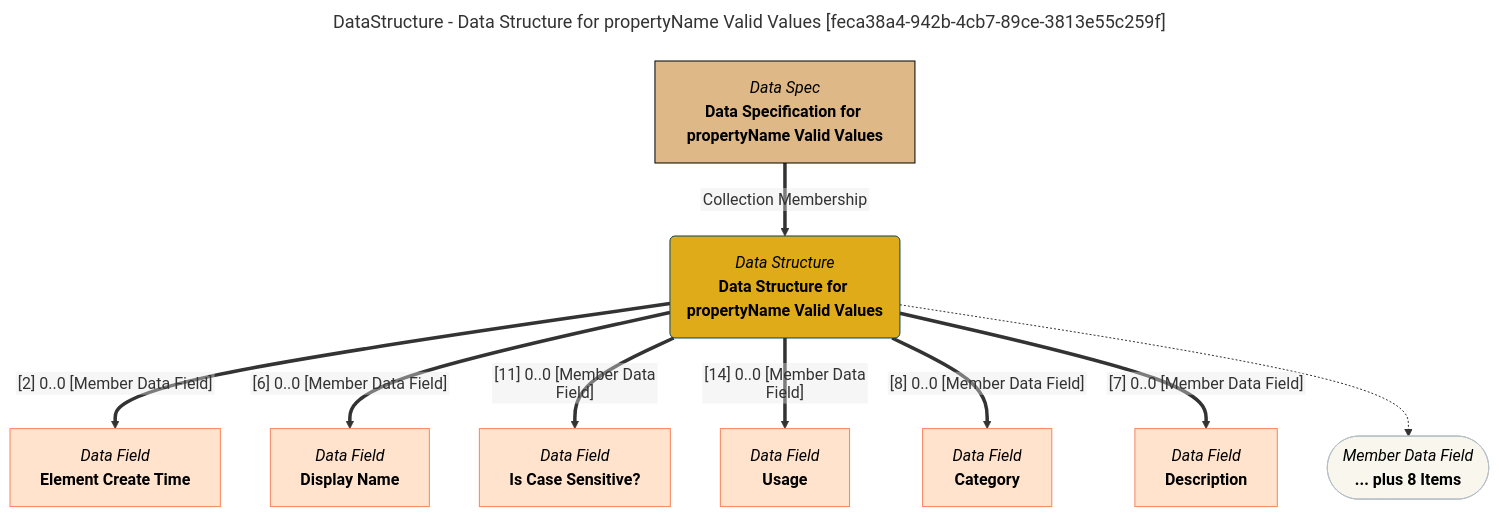
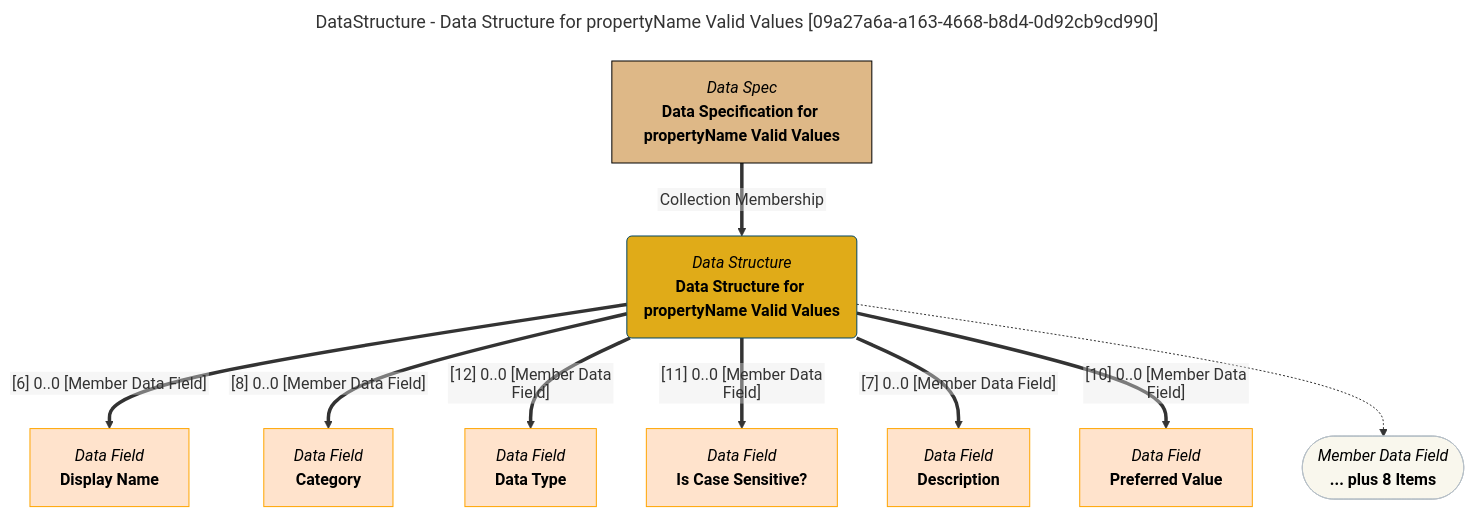
The diagram in site/snippets/data-structures/data-structure-for-propertyname-valid-values-mermaid-graph.md (odpi/egeria-docs), drawn with Mermaid before and after one commit. The commit also changed 2201 other files, not shown here.

````diff
--- a/site/snippets/data-structures/data-structure-for-propertyname-valid-values-mermaid-graph.md
+++ b/site/snippets/data-structures/data-structure-for-propertyname-valid-values-mermaid-graph.md
@@ -1,43 +1,43 @@
 ```mermaid
 ---
-title: DataStructure - Data Structure for propertyName Valid Values [feca38a4-942b-4cb7-89ce-3813e55c259f]
+title: DataStructure - Data Structure for propertyName Valid Values [09a27a6a-a163-4668-b8d4-0d92cb9cd990]
 ---
 flowchart TD
 %%{init: {"flowchart": {"htmlLabels": false}} }%%
 
 1@{ shape: rounded, label: "*Data Structure*
 **Data Structure for propertyName Valid Values**"}
 2@{ shape: rect, label: "*Data Spec*
 **Data Specification for propertyName Valid Values**"}
 2==>|"Collection Membership"|1
 3@{ shape: rect, label: "*Data Field*
-**Element Create Time**"}
-1==>|"[2] 0..0 [Member Data Field]"|3
+**Display Name**"}
+1==>|"[6] 0..0 [Member Data Field]"|3
 4@{ shape: rect, label: "*Data Field*
-**Display Name**"}
-1==>|"[6] 0..0 [Member Data Field]"|4
+**Category**"}
+1==>|"[8] 0..0 [Member Data Field]"|4
 5@{ shape: rect, label: "*Data Field*
+**Data Type**"}
+1==>|"[12] 0..0 [Member Data Field]"|5
+6@{ shape: rect, label: "*Data Field*
 **Is Case Sensitive?**"}
-1==>|"[11] 0..0 [Member Data Field]"|5
-6@{ shape: rect, label: "*Data Field*
-**Usage**"}
-1==>|"[14] 0..0 [Member Data Field]"|6
+1==>|"[11] 0..0 [Member Data Field]"|6
 7@{ shape: rect, label: "*Data Field*
-**Category**"}
-1==>|"[8] 0..0 [Member Data Field]"|7
+**Description**"}
+1==>|"[7] 0..0 [Member Data Field]"|7
 8@{ shape: rect, label: "*Data Field*
-**Description**"}
-1==>|"[7] 0..0 [Member Data Field]"|8
+**Preferred Value**"}
+1==>|"[10] 0..0 [Member Data Field]"|8
 9@{ shape: stadium, label: "*Member Data Field*
 **... plus 8 Items**"}
 1-.->9
 style 1 color:#000000, fill:#e0ab18, stroke:#004563
-style 2 color:#000000, fill:#deb887, stroke:#000000
-style 3 color:#000000, fill:#ffe3cc, stroke:#f9845b
-style 4 color:#000000, fill:#ffe3cc, stroke:#f9845b
-style 5 color:#000000, fill:#ffe3cc, stroke:#f9845b
-style 6 color:#000000, fill:#ffe3cc, stroke:#f9845b
-style 7 color:#000000, fill:#ffe3cc, stroke:#f9845b
-style 8 color:#000000, fill:#ffe3cc, stroke:#f9845b
+style 2 color:#000000, fill:#DEB887, stroke:#000000
+style 3 color:#000000, fill:#ffe3cc, stroke:#FFA500
+style 4 color:#000000, fill:#ffe3cc, stroke:#FFA500
+style 5 color:#000000, fill:#ffe3cc, stroke:#FFA500
+style 6 color:#000000, fill:#ffe3cc, stroke:#FFA500
+style 7 color:#000000, fill:#ffe3cc, stroke:#FFA500
+style 8 color:#000000, fill:#ffe3cc, stroke:#FFA500
 style 9 color:#000000, fill:#F9F7ED, stroke:#b7c0c7
 ```
````
